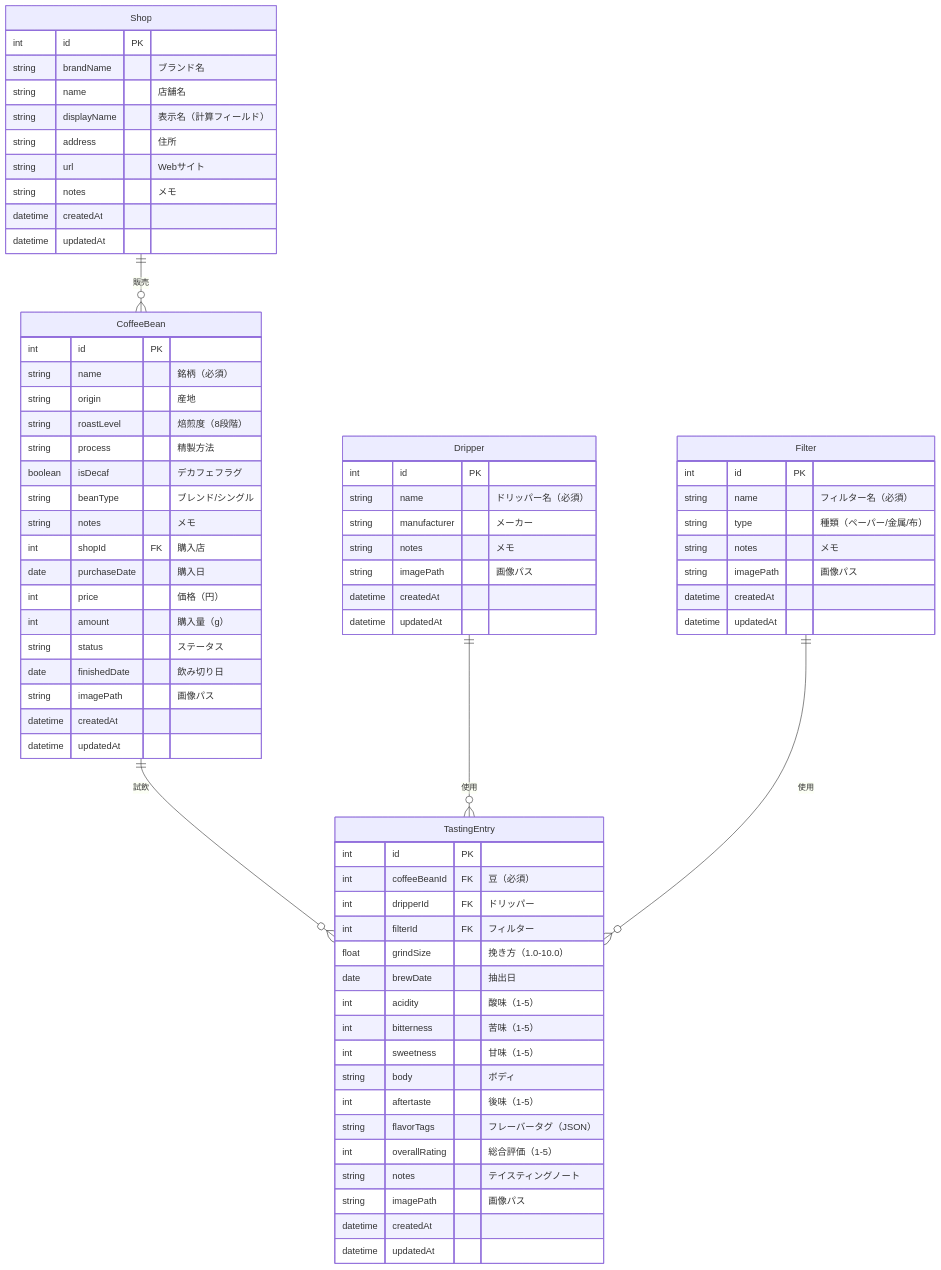
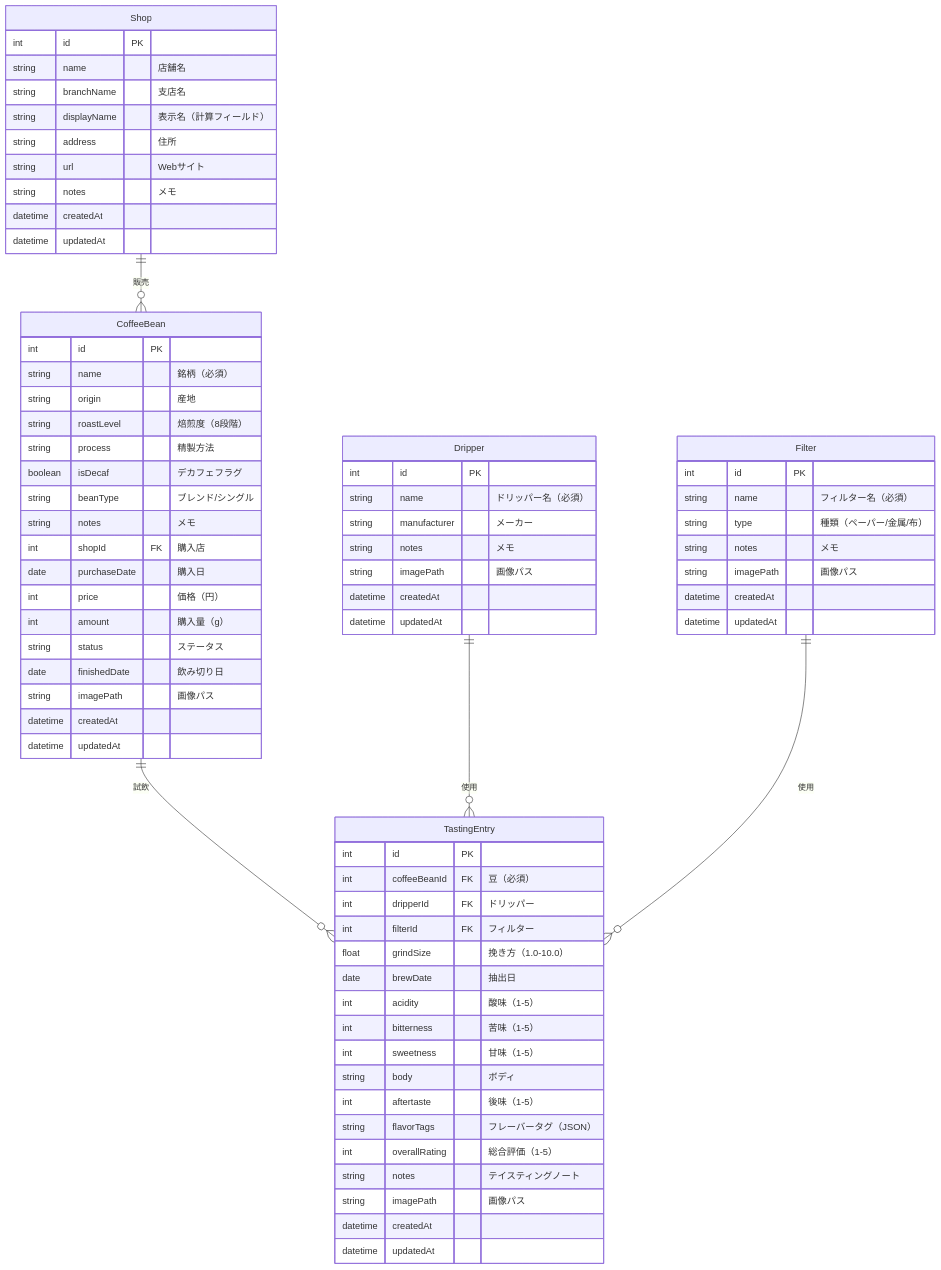
The diagram in docs/data-model.md (jyama4ta/coffee-tasting-journal), drawn with Mermaid before and after one commit. The commit also changed other lines of this file and 12 other files, not shown here.

````diff
--- a/docs/data-model.md
+++ b/docs/data-model.md
@@ -10,79 +10,79 @@
 ```mermaid
 erDiagram
     Shop ||--o{ CoffeeBean : "販売"
     CoffeeBean ||--o{ TastingEntry : "試飲"
     Dripper ||--o{ TastingEntry : "使用"
     Filter ||--o{ TastingEntry : "使用"
 
     Shop {
         int id PK
-        string brandName "ブランド名"
         string name "店舗名"
+        string branchName "支店名"
         string displayName "表示名（計算フィールド）"
         string address "住所"
         string url "Webサイト"
         string notes "メモ"
         datetime createdAt
         datetime updatedAt
     }
 
     Dripper {
         int id PK
         string name "ドリッパー名（必須）"
         string manufacturer "メーカー"
         string notes "メモ"
         string imagePath "画像パス"
         datetime createdAt
         datetime updatedAt
     }
 
     Filter {
         int id PK
         string name "フィルター名（必須）"
         string type "種類（ペーパー/金属/布）"
         string notes "メモ"
         string imagePath "画像パス"
         datetime createdAt
         datetime updatedAt
     }
 
     CoffeeBean {
         int id PK
         string name "銘柄（必須）"
         string origin "産地"
         string roastLevel "焙煎度（8段階）"
         string process "精製方法"
         boolean isDecaf "デカフェフラグ"
         string beanType "ブレンド/シングル"
         string notes "メモ"
         int shopId FK "購入店"
         date purchaseDate "購入日"
         int price "価格（円）"
         int amount "購入量（g）"
         string status "ステータス"
         date finishedDate "飲み切り日"
         string imagePath "画像パス"
         datetime createdAt
         datetime updatedAt
     }
 
     TastingEntry {
         int id PK
         int coffeeBeanId FK "豆（必須）"
         int dripperId FK "ドリッパー"
         int filterId FK "フィルター"
         float grindSize "挽き方（1.0-10.0）"
         date brewDate "抽出日"
         int acidity "酸味（1-5）"
         int bitterness "苦味（1-5）"
         int sweetness "甘味（1-5）"
         string body "ボディ"
         int aftertaste "後味（1-5）"
         string flavorTags "フレーバータグ（JSON）"
         int overallRating "総合評価（1-5）"
         string notes "テイスティングノート"
         string imagePath "画像パス"
         datetime createdAt
         datetime updatedAt
     }
 ```
````
